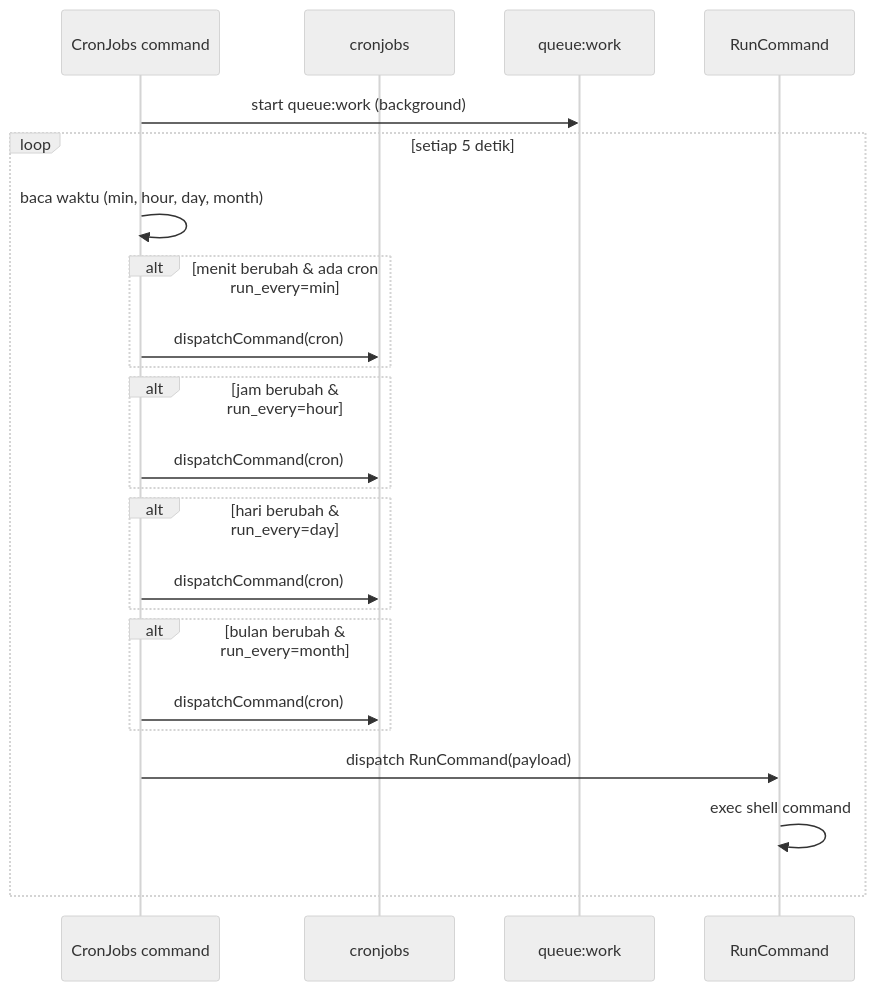
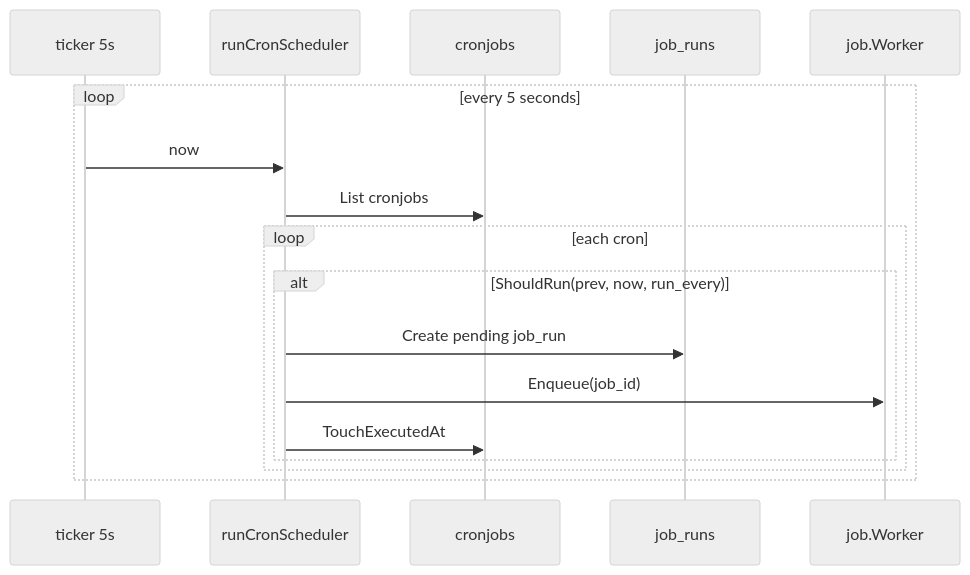
The first of 2 diagrams in docs/sequences/13-cron-jobs.md (jahrulnr/GoSite), drawn with Mermaid (neutral theme) before and after one commit. The commit also changed other lines of this file and 107 other files, not shown here.

````diff
--- a/docs/sequences/13-cron-jobs.md
+++ b/docs/sequences/13-cron-jobs.md
@@ -9,26 +11,20 @@
 ```mermaid
 sequenceDiagram
-    participant Cron as CronJobs command
+    participant Tick as ticker 5s
+    participant Sched as runCronScheduler
     participant DB as cronjobs
-    participant Q as queue:work
-    participant Job as RunCommand
+    participant Jobs as job_runs
+    participant W as job.Worker
 
-    Cron->>Q: start queue:work (background)
-    loop setiap 5 detik
-        Cron->>Cron: baca waktu (min, hour, day, month)
-        alt menit berubah & ada cron run_every=min
-            Cron->>DB: dispatchCommand(cron)
+    loop every 5 seconds
+        Tick->>Sched: now
+        Sched->>DB: List cronjobs
+        loop each cron
+            alt ShouldRun(prev, now, run_every)
+                Sched->>Jobs: Create pending job_run
+                Sched->>W: Enqueue(job_id)
+                Sched->>DB: TouchExecutedAt
+            end
         end
-        alt jam berubah & run_every=hour
-            Cron->>DB: dispatchCommand(cron)
-        end
-        alt hari berubah & run_every=day
-            Cron->>DB: dispatchCommand(cron)
-        end
-        alt bulan berubah & run_every=month
-            Cron->>DB: dispatchCommand(cron)
-        end
-        Cron->>Job: dispatch RunCommand(payload)
-        Job->>Job: exec shell command
     end
 ```
````
